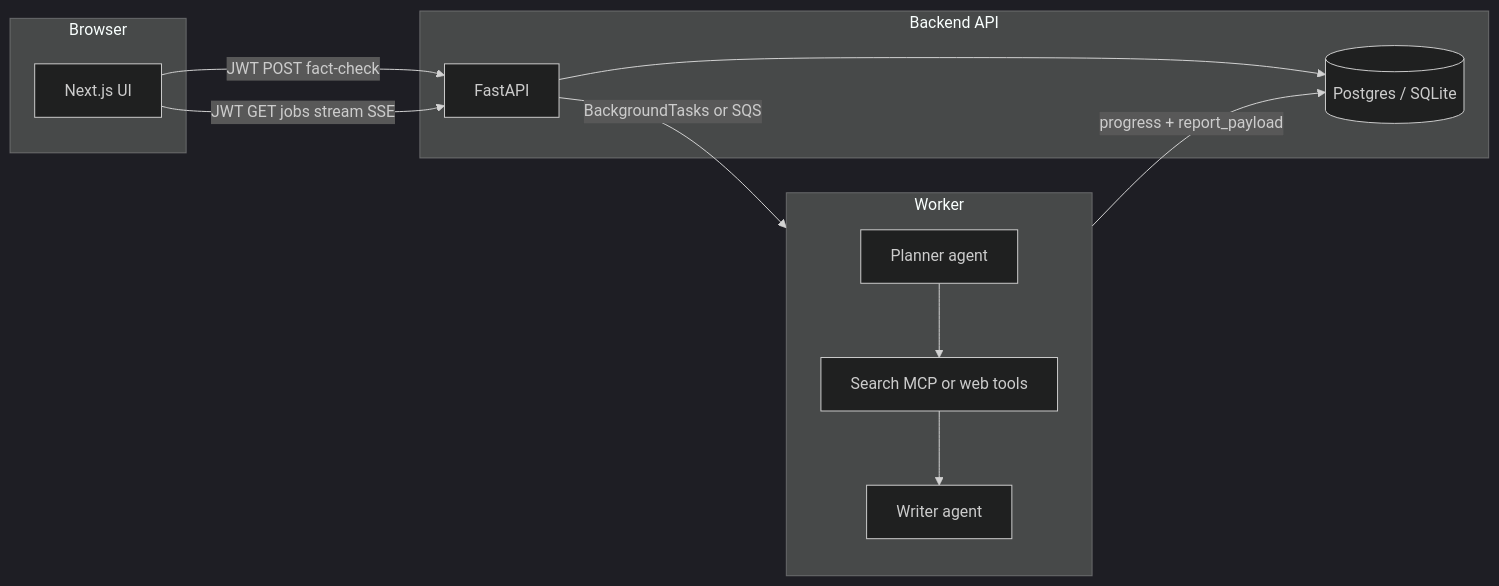
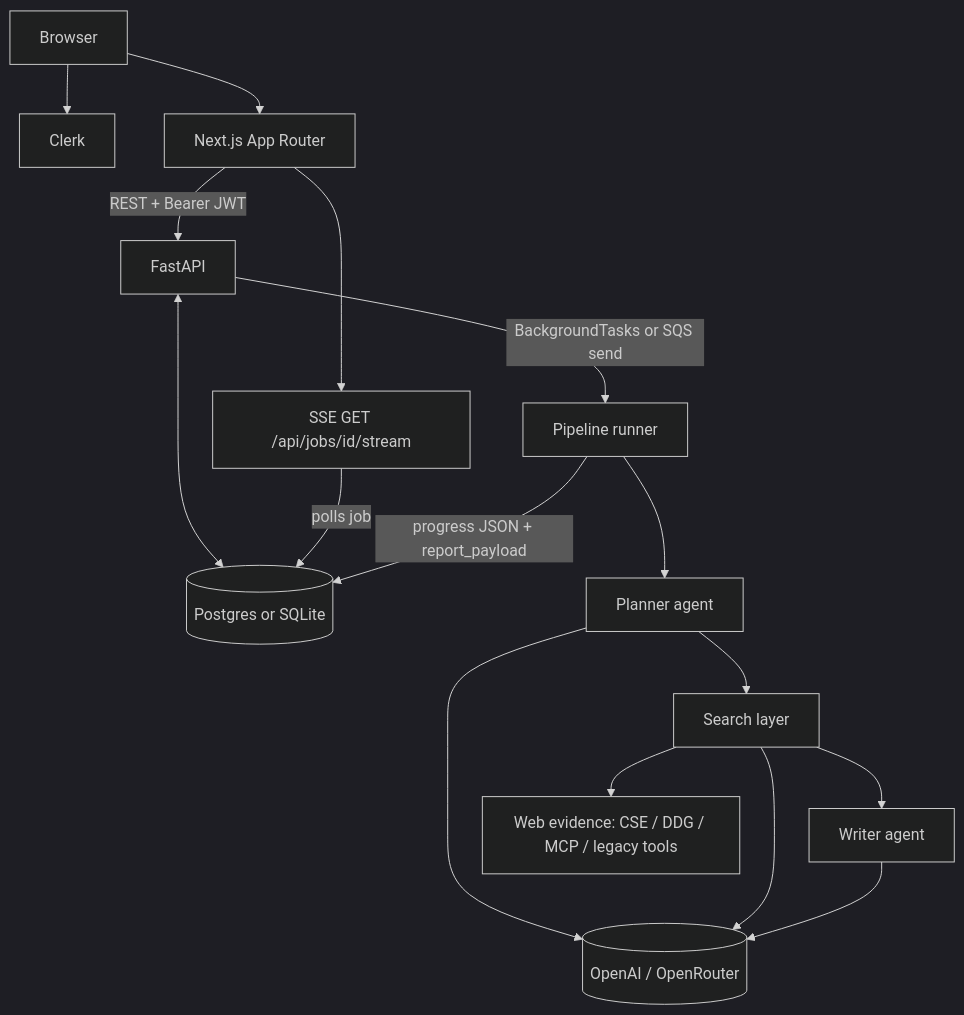
One commit to erisanolasheni/emet-fact-check changed the first of 2 diagrams in README.md. Above: the diagram before and after it, drawn with Mermaid (dark theme). The commit also changed other lines of this file and 13 other files, not shown here.

First line of the commit message:
Docs: architecture diagrams in README; App Runner templates; deploy script

````diff
--- a/README.md
+++ b/README.md
@@ -26,22 +28,31 @@
 ```mermaid
-flowchart LR
-  subgraph client [Browser]
-    UI[Next.js UI]
-  end
-  subgraph api [Backend API]
-    API[FastAPI]
-    DB[(Postgres / SQLite)]
-  end
-  subgraph worker [Worker]
-    PL[Planner agent]
-    SR[Search MCP or web tools]
-    WR[Writer agent]
-  end
-  UI -->|JWT POST fact-check| API
-  UI -->|JWT GET jobs stream SSE| API
-  API --> DB
-  API -->|BackgroundTasks or SQS| worker
-  PL --> SR
-  SR --> WR
-  worker -->|progress + report_payload| DB
+flowchart TB
+  Browser[Browser]
+  Clerk[Clerk]
+  Next[Next.js App Router]
+  API[FastAPI]
+  DB[(Postgres or SQLite)]
+  SSE[SSE GET /api/jobs/id/stream]
+  Pipe[Pipeline runner]
+  Plan[Planner agent]
+  Sea[Search layer]
+  Wr[Writer agent]
+  LLM[(OpenAI / OpenRouter)]
+  Ext[Web evidence: CSE / DDG / MCP / legacy tools]
+
+  Browser --> Clerk
+  Browser --> Next
+  Next -->|"REST + Bearer JWT"| API
+  Next --> SSE
+  API <--> DB
+  SSE -->|"polls job"| DB
+  API -->|"BackgroundTasks or SQS send"| Pipe
+  Pipe --> Plan
+  Plan --> Sea
+  Sea --> Wr
+  Plan --> LLM
+  Sea --> Ext
+  Sea --> LLM
+  Wr --> LLM
+  Pipe -->|"progress JSON + report_payload"| DB
 ```
````
